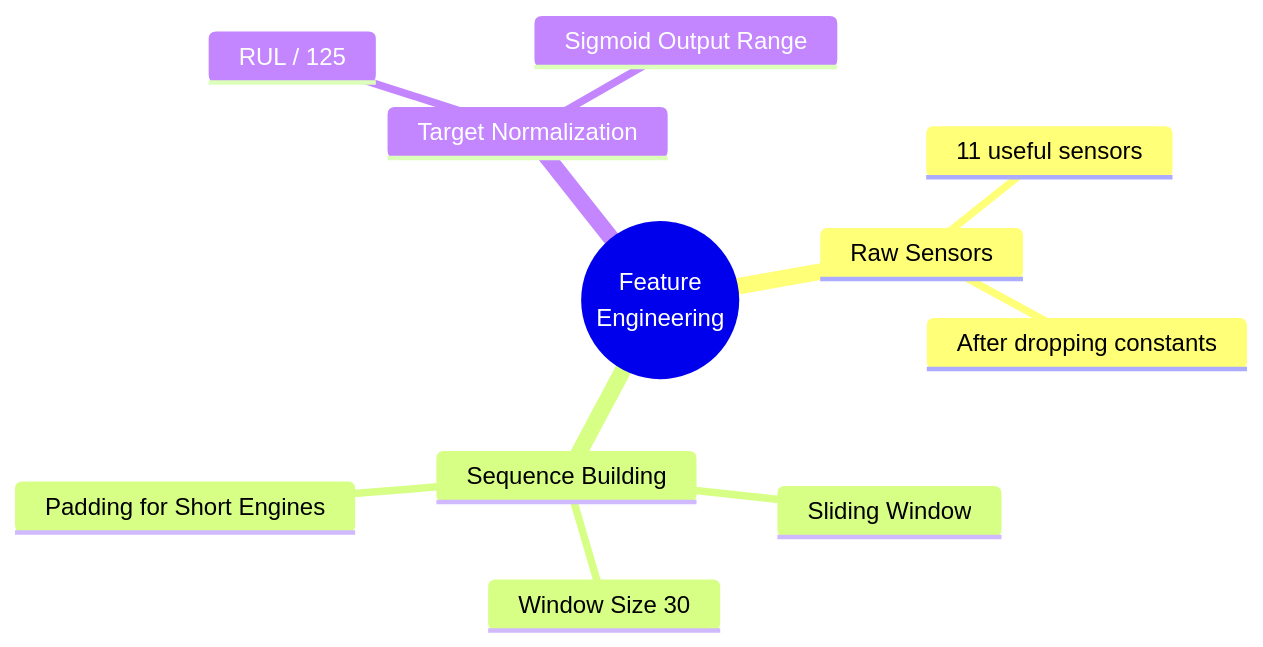
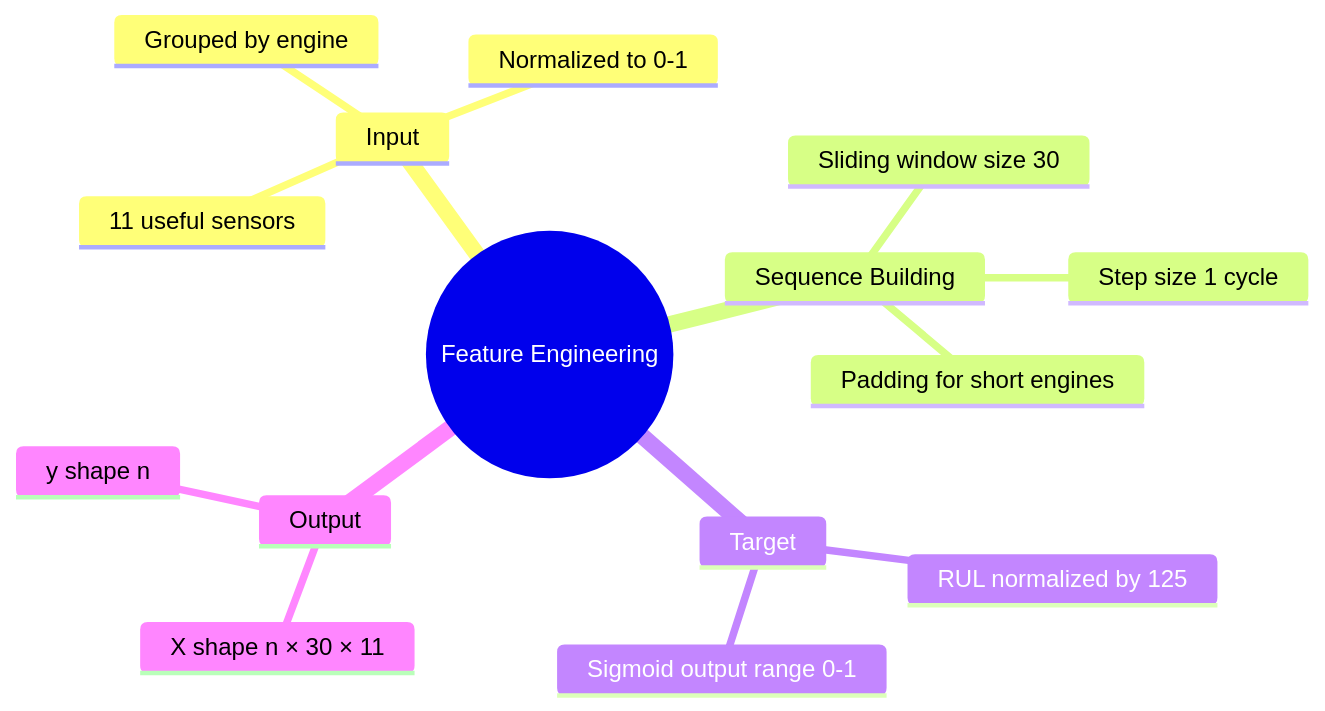
The first of 4 diagrams in docs/03_feature_engineering.md (nasim-raj-laskar/Real-Time-Aircraft-Engine-Predictive-Maintenance-System), drawn with Mermaid before and after one commit. The commit also changed other lines of this file and 11 other files, not shown here.

````diff
--- a/docs/03_feature_engineering.md
+++ b/docs/03_feature_engineering.md
@@ -7,14 +7,18 @@
 ```mermaid
 mindmap
-  root((Feature<br/>Engineering))
-    Raw Sensors
+  root((Feature Engineering))
+    Input
       11 useful sensors
-      After dropping constants
+      Normalized to 0-1
+      Grouped by engine
     Sequence Building
-      Sliding Window
-      Window Size 30
-      Padding for Short Engines
-    Target Normalization
-      RUL / 125
-      Sigmoid Output Range
+      Sliding window size 30
+      Step size 1 cycle
+      Padding for short engines
+    Target
+      RUL normalized by 125
+      Sigmoid output range 0-1
+    Output
+      X shape n × 30 × 11
+      y shape n
 ```
````
